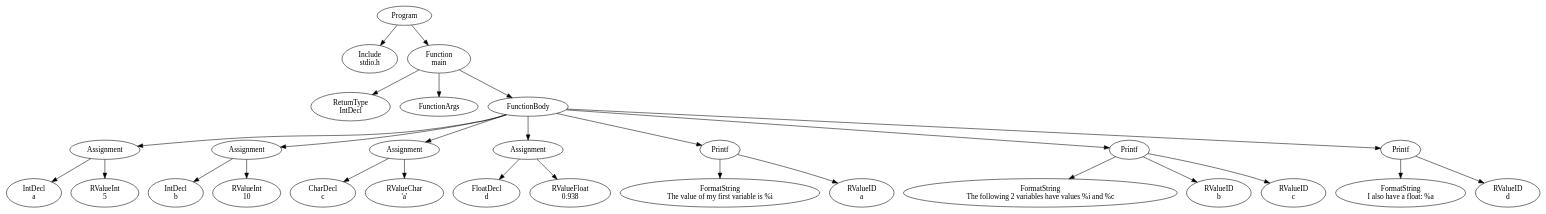
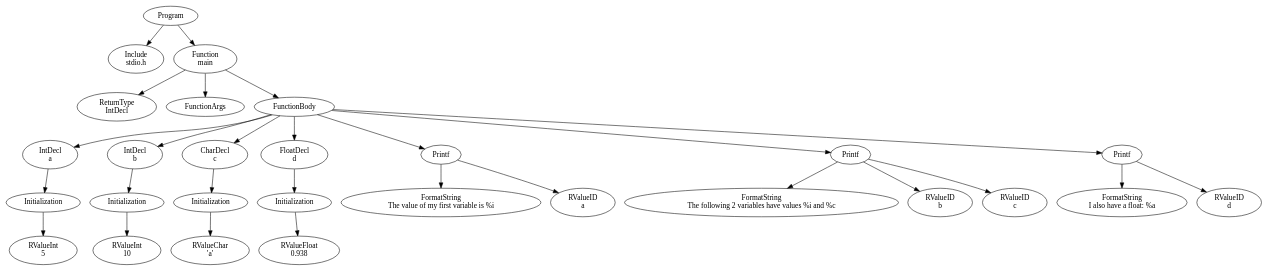
Before and after one commit to FedericoQuin/Compilers: the diagram in official/res/solutions/printf.dot, drawn with Graphviz. The commit also changed 19 other files, not shown here.

```diff
--- a/official/res/solutions/printf.dot
+++ b/official/res/solutions/printf.dot
@@ -1,57 +1,57 @@
 digraph AST {
 2 [label="Program"];
 3 [label="Include \nstdio.h"];
 4 [label="Function \nmain"];
 5 [label="ReturnType \nIntDecl"];
 6 [label="FunctionArgs"];
 7 [label="FunctionBody"];
-8 [label="Assignment"];
-9 [label="IntDecl \na"];
+8 [label="IntDecl \na"];
+9 [label="Initialization"];
 10 [label="RValueInt \n5"];
+9 -> 10;
 8 -> 9;
-8 -> 10;
-11 [label="Assignment"];
-12 [label="IntDecl \nb"];
+11 [label="IntDecl \nb"];
+12 [label="Initialization"];
 13 [label="RValueInt \n10"];
+12 -> 13;
 11 -> 12;
-11 -> 13;
-14 [label="Assignment"];
-15 [label="CharDecl \nc"];
+14 [label="CharDecl \nc"];
+15 [label="Initialization"];
 16 [label="RValueChar \n'a'"];
+15 -> 16;
 14 -> 15;
-14 -> 16;
-17 [label="Assignment"];
-18 [label="FloatDecl \nd"];
+17 [label="FloatDecl \nd"];
+18 [label="Initialization"];
 19 [label="RValueFloat \n0.938"];
+18 -> 19;
 17 -> 18;
-17 -> 19;
 20 [label="Printf"];
 21 [label="FormatString \nThe value of my first variable is %i"];
 22 [label="RValueID \na"];
 20 -> 21;
 20 -> 22;
 23 [label="Printf"];
 24 [label="FormatString \nThe following 2 variables have values %i and %c"];
 25 [label="RValueID \nb"];
 26 [label="RValueID \nc"];
 23 -> 24;
 23 -> 25;
 23 -> 26;
 27 [label="Printf"];
 28 [label="FormatString \nI also have a float: %a"];
 29 [label="RValueID \nd"];
 27 -> 28;
 27 -> 29;
 7 -> 8;
 7 -> 11;
 7 -> 14;
 7 -> 17;
 7 -> 20;
 7 -> 23;
 7 -> 27;
 4 -> 5;
 4 -> 6;
 4 -> 7;
 2 -> 3;
 2 -> 4;
 }
```
